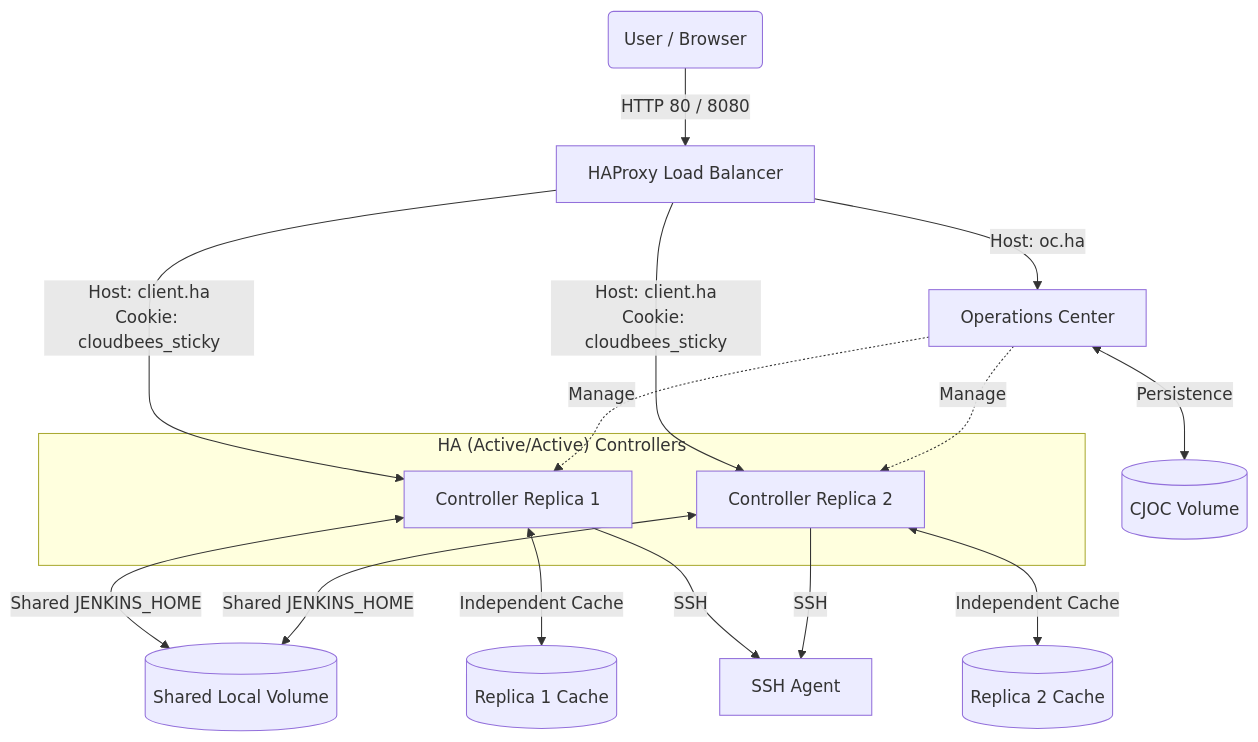
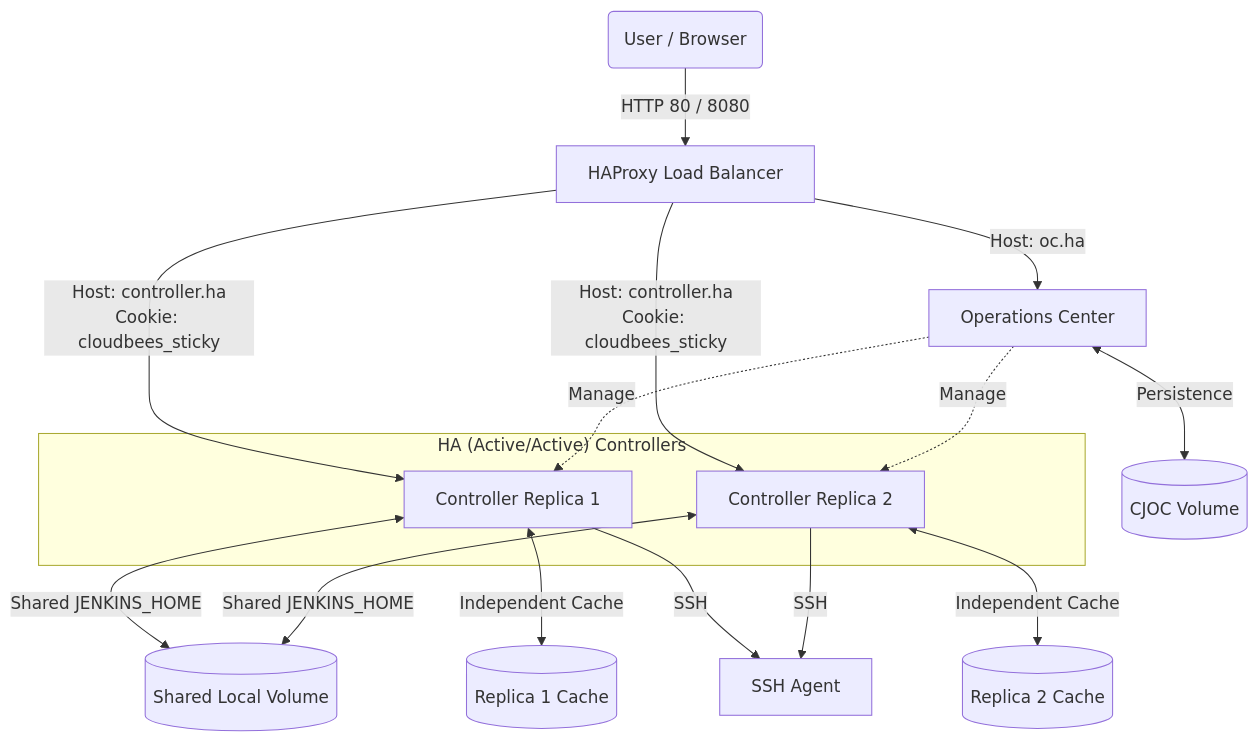
The first of 3 diagrams in README.md (cb-ci/ci-traditional-ha), drawn with Mermaid before and after one commit. The commit also changed other lines of this file and 23 other files, not shown here.

Commit message:
feat: Implement SSL/HAProxy configuration, introduce new CaSC bundles for CJOC and controller instances, and update environment setup scripts.

````diff
--- a/README.md
+++ b/README.md
@@ -25,27 +25,27 @@
 ```mermaid
 graph TD
     Client(User / Browser) -->|HTTP 80 / 8080| HAProxy[HAProxy Load Balancer]
     
     HAProxy -->|Host: oc.ha| CJOC[Operations Center]
     
     subgraph HA_Controllers ["HA (Active/Active) Controllers"]
         Controller1[Controller Replica 1]
         Controller2[Controller Replica 2]
     end
     
-    HAProxy -->|Host: client.ha<br>Cookie: cloudbees_sticky| Controller1
-    HAProxy -->|Host: client.ha<br>Cookie: cloudbees_sticky| Controller2
+    HAProxy -->|Host: controller.ha<br>Cookie: cloudbees_sticky| Controller1
+    HAProxy -->|Host: controller.ha<br>Cookie: cloudbees_sticky| Controller2
     
     CJOC <-->|Persistence| CJOCHome[(CJOC Volume)]
     Controller1 <-->|Shared JENKINS_HOME| JenkinsHome[(Shared Local Volume)]
     Controller2 <-->|Shared JENKINS_HOME| JenkinsHome
     
     Controller1 <-->|Independent Cache| Cache1[(Replica 1 Cache)]
     Controller2 <-->|Independent Cache| Cache2[(Replica 2 Cache)]
     
     Controller1 -->|SSH| SSHAgent[SSH Agent]
     Controller2 -->|SSH| SSHAgent
     
     CJOC -.->|Manage| Controller1
     CJOC -.->|Manage| Controller2
 ```
````
